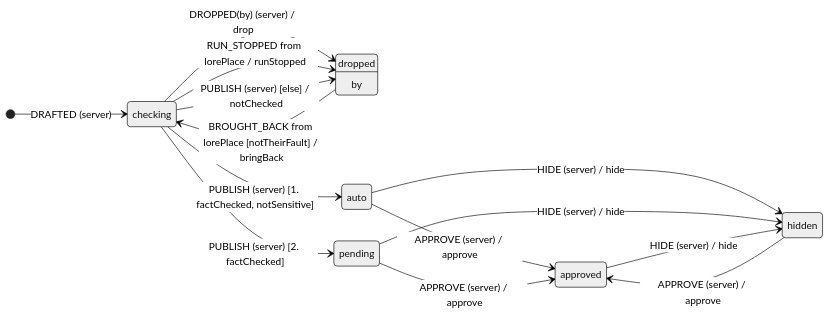
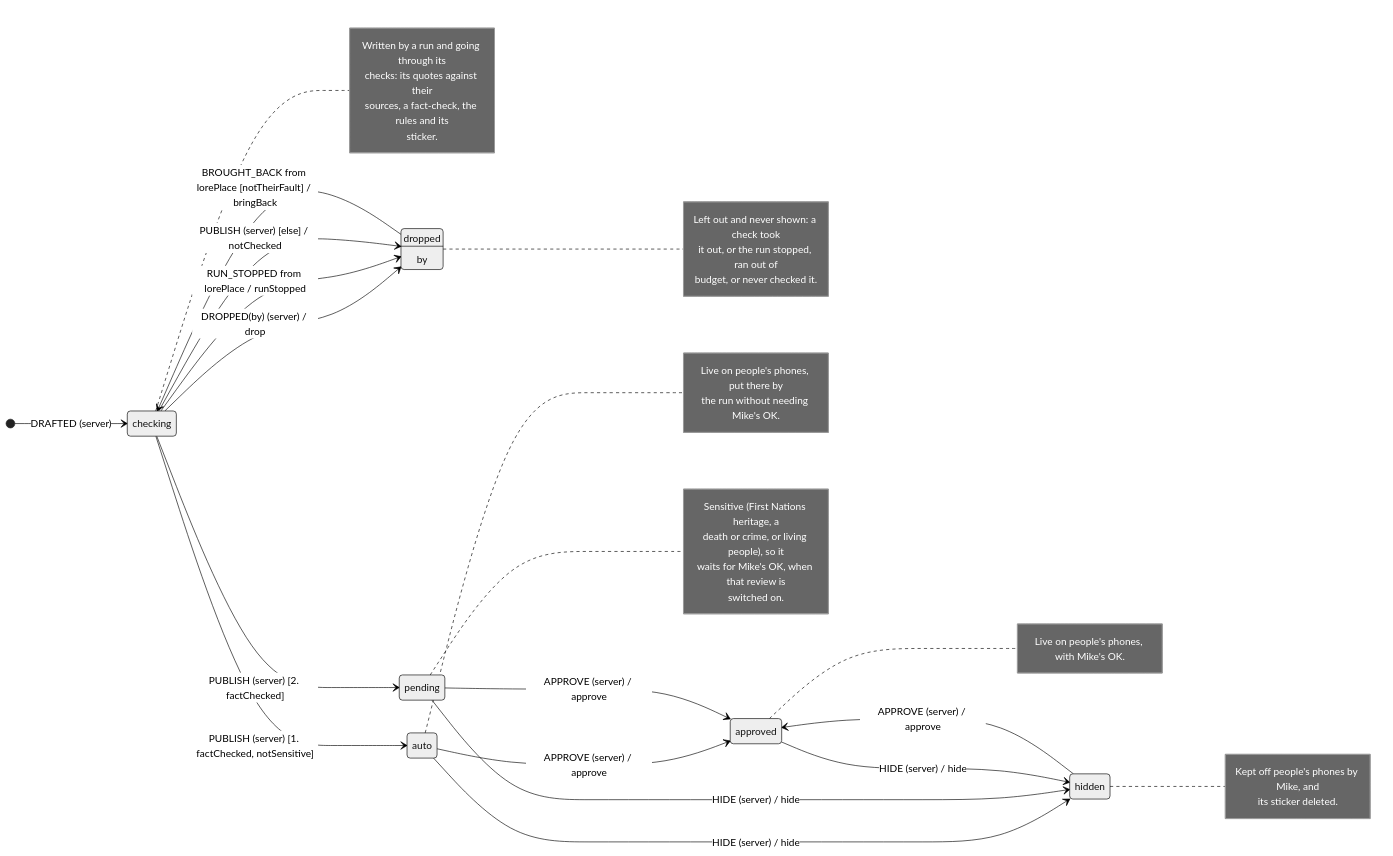
The third of 3 diagrams in docs/machines.md (mikecann/walkies), drawn with Mermaid (neutral theme) before and after one commit. The commit also changed other lines of this file and 20 other files, not shown here.

````diff
--- a/docs/machines.md
+++ b/docs/machines.md
@@ -75,24 +117,52 @@
 ```mermaid
 stateDiagram-v2
   direction LR
   state "checking" as checking
+  note right of checking
+Written by a run and going through its
+checks: its quotes against their
+sources, a fact-check, the rules and its
+sticker.
+  end note
   state "dropped" as dropped
   dropped : by
+  note right of dropped
+Left out and never shown: a check took
+it out, or the run stopped, ran out of
+budget, or never checked it.
+  end note
   state "auto" as auto
+  note right of auto
+Live on people's phones, put there by
+the run without needing Mike's OK.
+  end note
   state "pending" as pending
+  note right of pending
+Sensitive (First Nations heritage, a
+death or crime, or living people), so it
+waits for Mike's OK, when that review is
+switched on.
+  end note
   state "approved" as approved
+  note right of approved
+Live on people's phones, with Mike's OK.
+  end note
   state "hidden" as hidden
+  note right of hidden
+Kept off people's phones by Mike, and
+its sticker deleted.
+  end note
   [*] --> checking : DRAFTED (server)
   checking --> dropped : DROPPED(by) (server) / drop
   checking --> dropped : RUN_STOPPED from lorePlace / runStopped
   checking --> auto : PUBLISH (server) [1. factChecked, notSensitive]
   checking --> pending : PUBLISH (server) [2. factChecked]
   checking --> dropped : PUBLISH (server) [else] / notChecked
   dropped --> checking : BROUGHT_BACK from lorePlace [notTheirFault] / bringBack
   auto --> approved : APPROVE (server) / approve
   auto --> hidden : HIDE (server) / hide
   pending --> approved : APPROVE (server) / approve
   pending --> hidden : HIDE (server) / hide
   approved --> hidden : HIDE (server) / hide
   hidden --> approved : APPROVE (server) / approve
 ```
````
